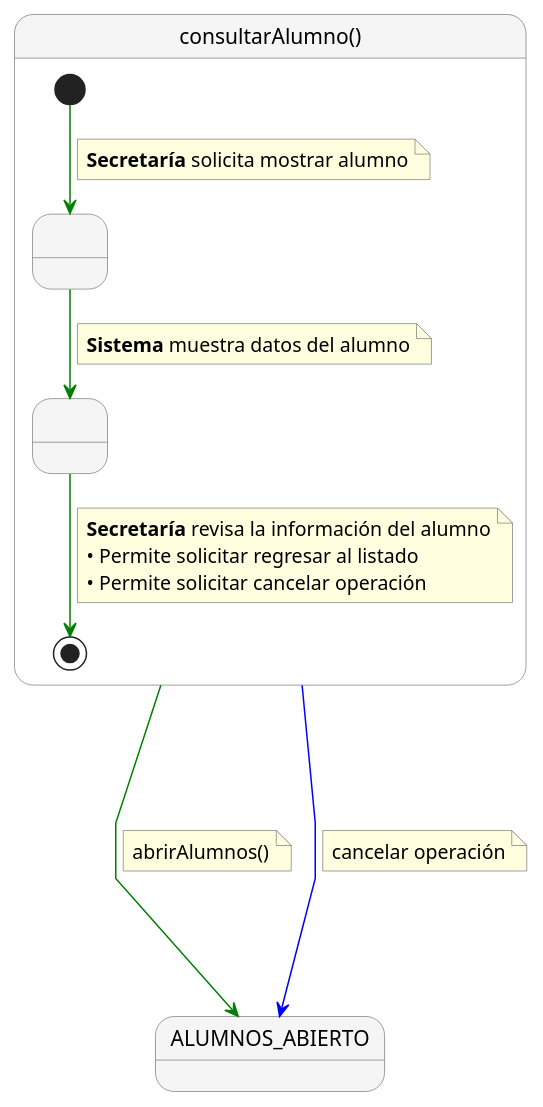
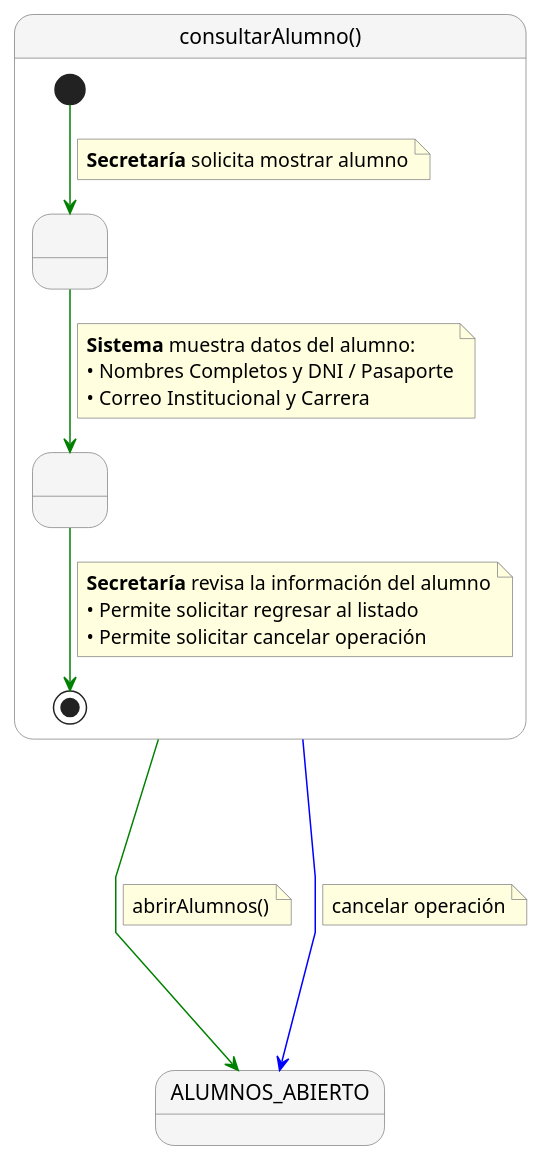
One commit to enmabry/25-26-IdSw1-SdR changed the diagram in documents/CasosDeUso/DetalladoCasosDeUso/Secretaria/consultarAlumno.puml. Above: the diagram before and after it, drawn with PlantUML. The commit also changed 72 other files, not shown here.

Commit message:
Cambios cruciales en los casos de uso, su detallado, y se agrego un diagrama de contexto en formato "dashboard"

```diff
--- a/documents/CasosDeUso/DetalladoCasosDeUso/Secretaria/consultarAlumno.puml
+++ b/documents/CasosDeUso/DetalladoCasosDeUso/Secretaria/consultarAlumno.puml
@@ -1,44 +1,46 @@
 @startuml
 skinparam nodesep 60
 skinparam ranksep 60
 skinparam linetype polyline
 skinparam NoteBackgroundColor lightyellow
 skinparam NoteBorderColor gray
 skinparam StateBackgroundColor #F5F5F5
 skinparam StateBorderColor gray
 
 state "consultarAlumno()" as consultarAlumno {
    
     state " " as Paso1
     state " " as Paso2
    
     [*] -[#green]-> Paso1
     note on link
       <b>Secretaría</b> solicita mostrar alumno
     end note
    
     Paso1 -[#green]-> Paso2
     note on link
-      <b>Sistema</b> muestra datos del alumno
+      <b>Sistema</b> muestra datos del alumno:
+      • Nombres Completos y DNI / Pasaporte
+      • Correo Institucional y Carrera
     end note
    
     Paso2 -[#green]-> [*]
     note on link
       <b>Secretaría</b> revisa la información del alumno
       • Permite solicitar regresar al listado
       • Permite solicitar cancelar operación
     end note
 }
 
 state "ALUMNOS_ABIERTO" as ALUMNOS_ABIERTO
 
 consultarAlumno -[#green]---> ALUMNOS_ABIERTO
 note right on link
   abrirAlumnos()
 end note
 
 consultarAlumno -[#blue]---> ALUMNOS_ABIERTO
 note right on link
   cancelar operación
 end note
 @enduml
```
